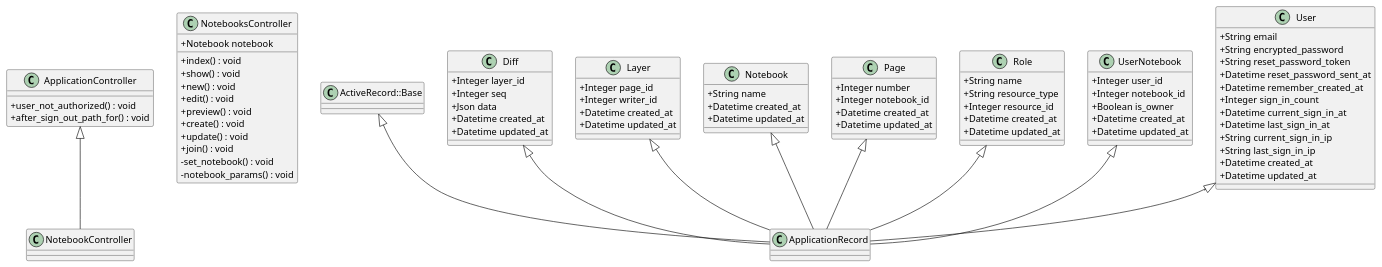
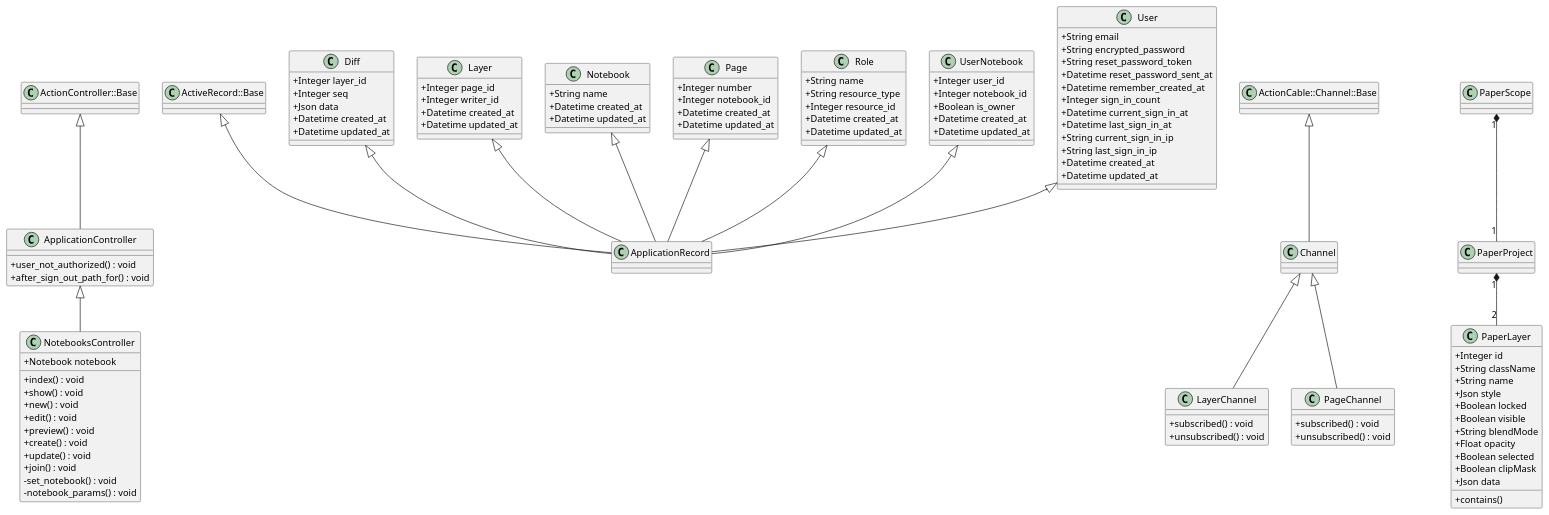
The diagram in docs/preliminary_design/class_diagram.plantuml (calebschoepp/canvasync), drawn with PlantUML before and after one commit.

Commit message:
More class diagram

```diff
--- a/docs/preliminary_design/class_diagram.plantuml
+++ b/docs/preliminary_design/class_diagram.plantuml
@@ -1,99 +1,152 @@
 @startuml Class Diagram
 skinparam classAttributeIconSize 0
 
 ' Controllers
+class ActionController::Base {}
+
 class ApplicationController {
     +user_not_authorized() : void
     +after_sign_out_path_for() : void
 }
 
 class NotebooksController {
     +Notebook notebook
     +index() : void
     +show() : void
     +new() : void
     +edit() : void
     +preview() : void
     +create() : void
     +update() : void
     +join() : void
     -set_notebook() : void
     -notebook_params() : void
 }
+
+ActionController::Base <|-- ApplicationController
+ApplicationController <|-- NotebooksController
 
 ' Models
 class ActiveRecord::Base {}
 
 class ApplicationRecord {}
 
 class Diff {
     +Integer layer_id
     +Integer seq
     +Json data
     +Datetime created_at
     +Datetime updated_at
 }
 
 class Layer {
     +Integer page_id
     +Integer writer_id
     +Datetime created_at
     +Datetime updated_at
 }
 
 class Notebook {
     +String name
     +Datetime created_at
     +Datetime updated_at
 }
 
 class Page {
     +Integer number
     +Integer notebook_id
     +Datetime created_at
     +Datetime updated_at
 }
 
 class Role {
     +String name
     +String resource_type
     +Integer resource_id
     +Datetime created_at
     +Datetime updated_at
 }
 
 class UserNotebook {
     +Integer user_id
     +Integer notebook_id
     +Boolean is_owner
     +Datetime created_at
     +Datetime updated_at
 }
 
 class User {
     +String email
     +String encrypted_password
     +String reset_password_token
     +Datetime reset_password_sent_at
     +Datetime remember_created_at
     +Integer sign_in_count
     +Datetime current_sign_in_at
     +Datetime last_sign_in_at
     +String current_sign_in_ip
     +String last_sign_in_ip
     +Datetime created_at
     +Datetime updated_at
 }
 
-' Relationships
 ActiveRecord::Base <|-- ApplicationRecord
 Diff <|-- ApplicationRecord
 Layer <|-- ApplicationRecord
 Notebook <|-- ApplicationRecord
 Page <|-- ApplicationRecord
 Role <|-- ApplicationRecord
 UserNotebook <|-- ApplicationRecord
 User <|-- ApplicationRecord
 
-ApplicationController <|-- NotebookController
+' Channels
+class ActionCable::Channel::Base {
+
+}
+
+class Channel {
+
+}
+
+class LayerChannel {
+    +subscribed() : void
+    +unsubscribed() : void
+}
+
+class PageChannel {
+    +subscribed() : void
+    +unsubscribed() : void
+}
+
+ActionCable::Channel::Base <|-- Channel
+Channel <|-- LayerChannel
+Channel <|-- PageChannel
+
+' Front-End
+class PaperScope {
+
+}
+
+class PaperProject {
+
+}
+
+class PaperLayer {
+    +Integer id
+    +String className
+    +String name
+    +Json style
+    +Boolean locked
+    +Boolean visible
+    +String blendMode
+    +Float opacity
+    +Boolean selected
+    +Boolean clipMask
+    +Json data
+    +contains()
+}
+
+PaperScope "1" *-- "1" PaperProject
+PaperProject "1" *-- "2" PaperLayer
+
 @enduml
```
